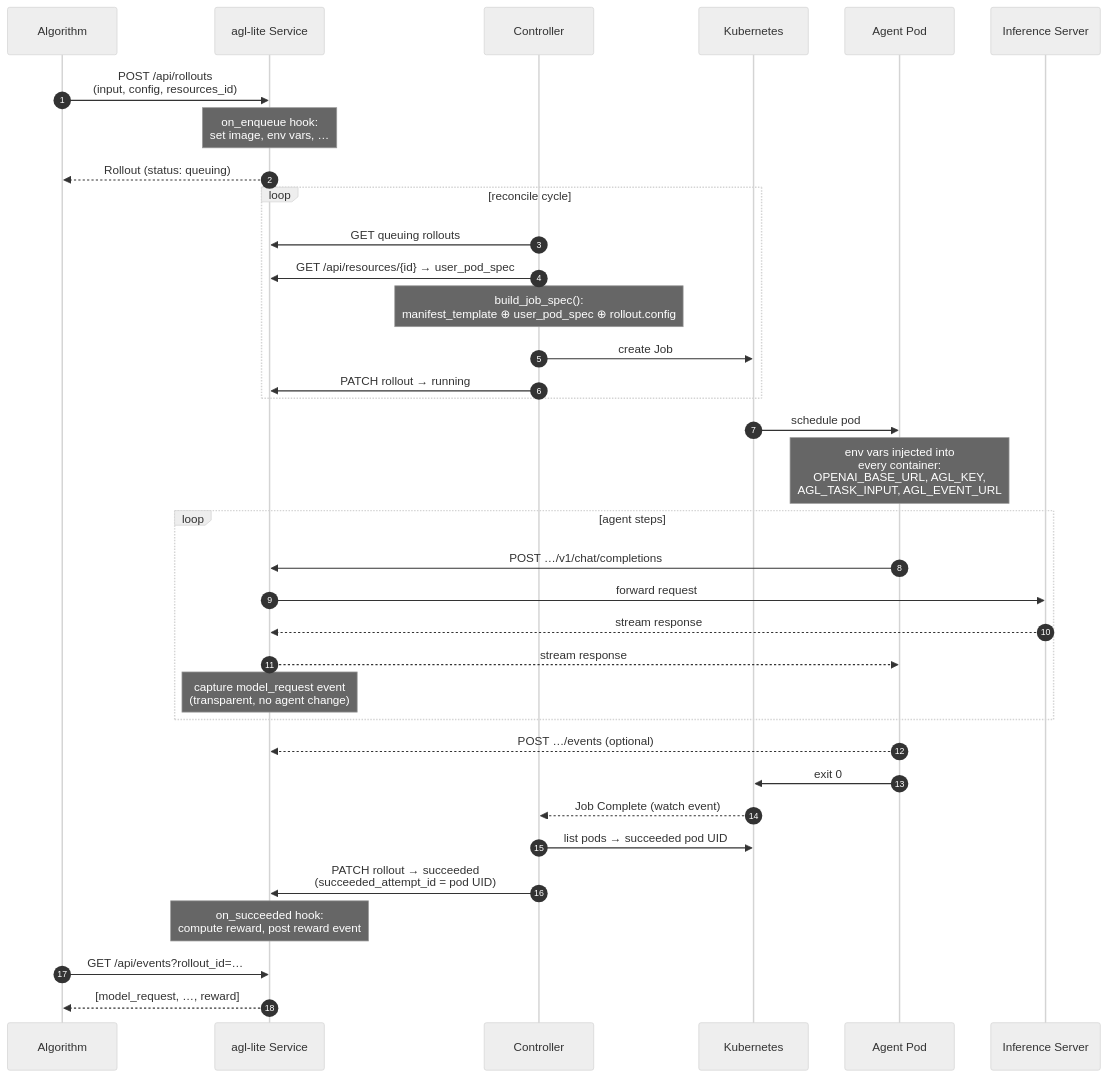
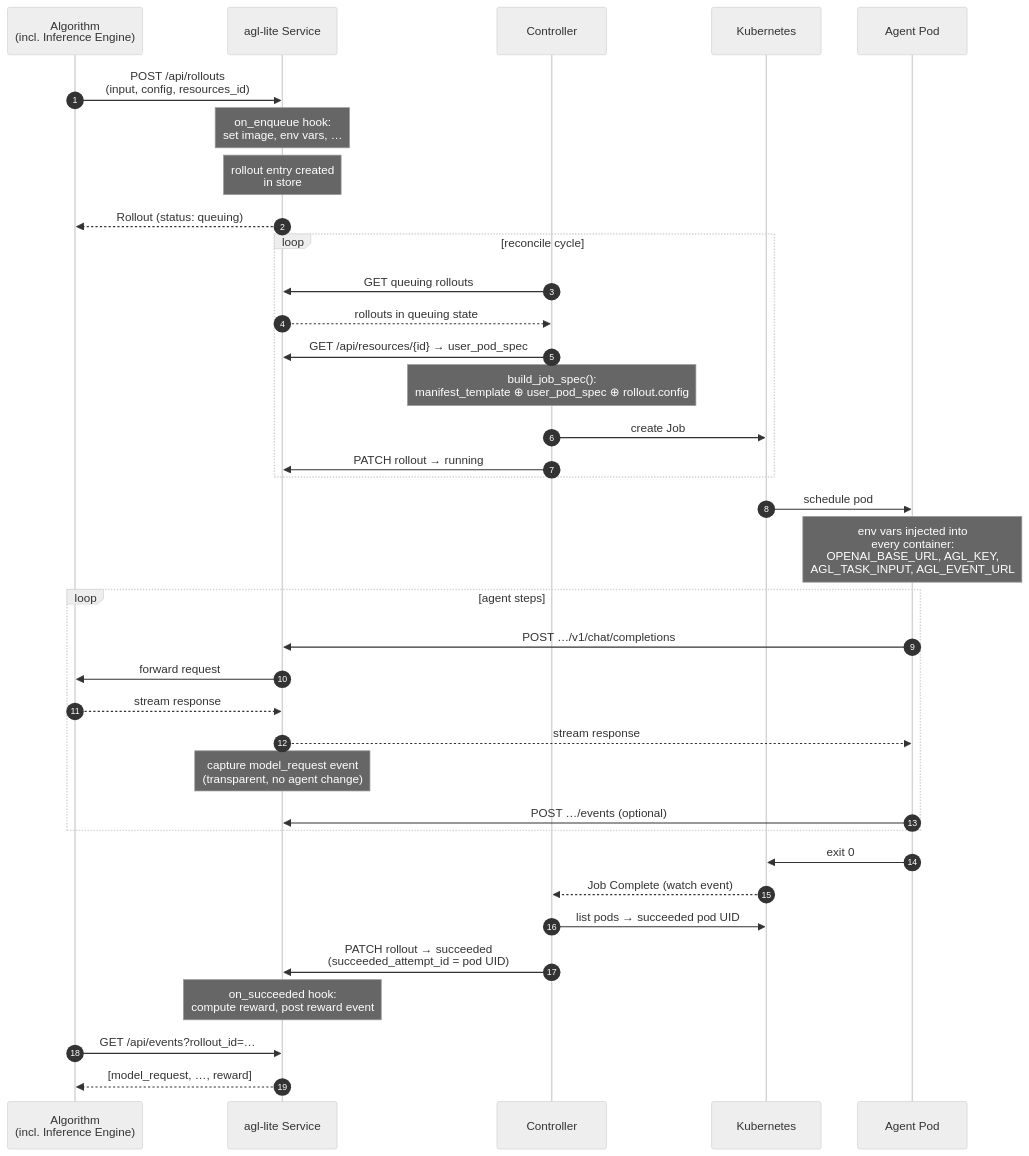
The diagram in docs/concepts/task-lifecycle.md (OhiraShusei/agent-lightning), drawn with Mermaid (neutral theme) before and after one commit. The commit also changed other lines of this file and 2 other files, not shown here.

Commit message:
chore: manual doc edits to task-lifecycle.md, pin click<8.3.0 for mkdocs compat

````diff
--- a/docs/concepts/task-lifecycle.md
+++ b/docs/concepts/task-lifecycle.md
@@ -7,45 +7,45 @@
 ```mermaid
 sequenceDiagram
     autonumber
-    participant Algo  as Algorithm
+    participant Algo  as Algorithm<br/>(incl. Inference Engine)
     participant Svc   as agl-lite Service
     participant Ctrl  as Controller
     participant K8s   as Kubernetes
     participant Pod   as Agent Pod
-    participant LLM   as Inference Server
 
     Algo->>Svc: POST /api/rollouts<br/>(input, config, resources_id)
     Note over Svc: on_enqueue hook:<br/>set image, env vars, …
-
+    Note over Svc: rollout entry created<br/>in store
     Svc-->>Algo: Rollout (status: queuing)
 
     loop reconcile cycle
         Ctrl->>Svc: GET queuing rollouts
+        Svc-->>Ctrl: rollouts in queuing state
         Ctrl->>Svc: GET /api/resources/{id} → user_pod_spec
         Note over Ctrl: build_job_spec():<br/>manifest_template ⊕ user_pod_spec ⊕ rollout.config
         Ctrl->>K8s: create Job
         Ctrl->>Svc: PATCH rollout → running
     end
 
     K8s->>Pod: schedule pod
     Note over Pod: env vars injected into<br/>every container:<br/>OPENAI_BASE_URL, AGL_KEY,<br/>AGL_TASK_INPUT, AGL_EVENT_URL
 
     loop agent steps
         Pod->>Svc: POST …/v1/chat/completions
-        Svc->>LLM: forward request
-        LLM-->>Svc: stream response
+        Svc->>Algo: forward request
+        Algo-->>Svc: stream response
         Svc-->>Pod: stream response
         Note over Svc: capture model_request event<br/>(transparent, no agent change)
+        Pod->>Svc: POST …/events (optional)
     end
 
-    Pod-->>Svc: POST …/events (optional)
     Pod->>K8s: exit 0
 
     K8s-->>Ctrl: Job Complete (watch event)
     Ctrl->>K8s: list pods → succeeded pod UID
     Ctrl->>Svc: PATCH rollout → succeeded<br/>(succeeded_attempt_id = pod UID)
     Note over Svc: on_succeeded hook:<br/>compute reward, post reward event
 
     Algo->>Svc: GET /api/events?rollout_id=…
     Svc-->>Algo: [model_request, …, reward]
 ```
````
